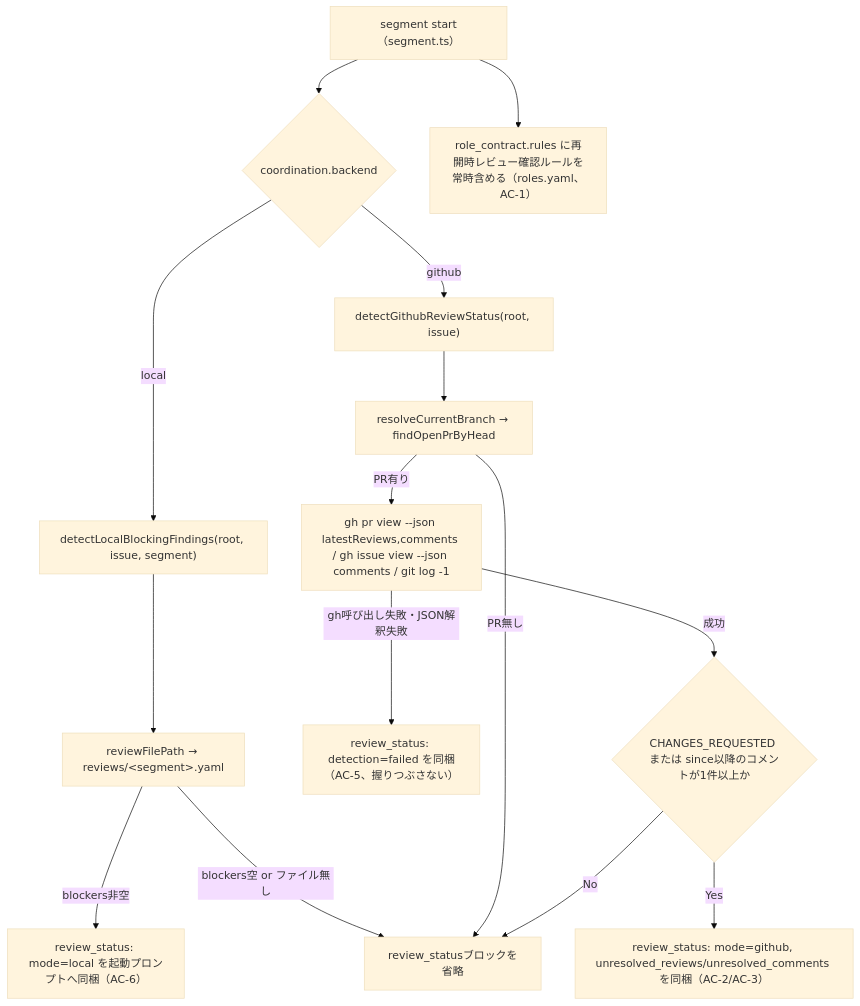
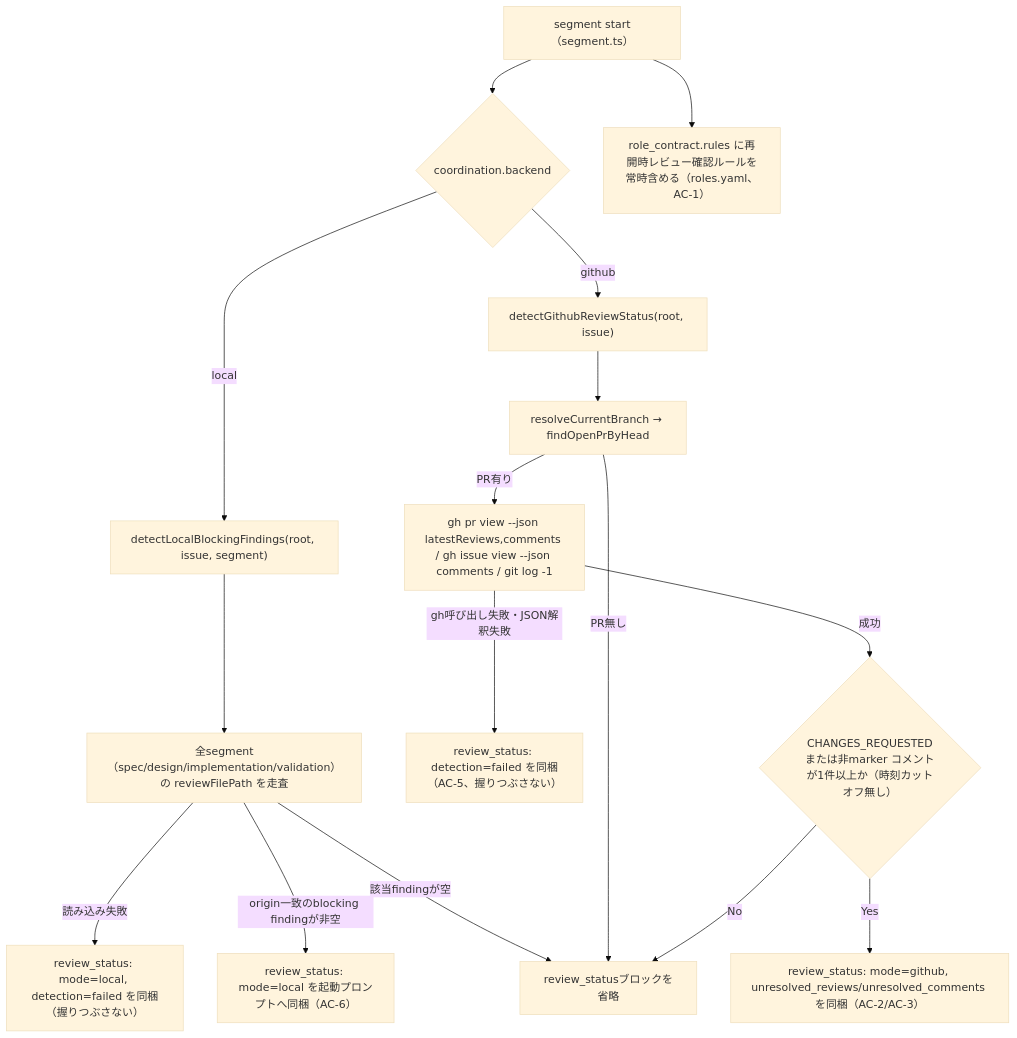
Before and after one commit to techbeansjp-free/AGENTS.md: the diagram in DESIGN.md, drawn with Mermaid (base theme). The commit also changed other lines of this file and 3 other files, not shown here.

First line of the commit message:
ISSUE-446: implementation-gate finding(since-cutoff/local-scope)対応、ADR-0026作成

````diff
--- a/DESIGN.md
+++ b/DESIGN.md
@@ -59,17 +62,18 @@
 ```mermaid
 graph TD
   A["segment start（segment.ts）"] --> B{"coordination.backend"}
   B -->|local| C["detectLocalBlockingFindings(root, issue, segment)"]
-  C --> D["reviewFilePath → reviews/&lt;segment&gt;.yaml"]
-  D -->|blockers非空| E["review_status: mode=local を起動プロンプトへ同梱（AC-6）"]
-  D -->|blockers空 or ファイル無し| F["review_statusブロックを省略"]
+  C --> D["全segment（spec/design/implementation/validation）の reviewFilePath を走査"]
+  D -->|読み込み失敗| DF["review_status: mode=local, detection=failed を同梱（握りつぶさない）"]
+  D -->|origin一致のblocking findingが非空| E["review_status: mode=local を起動プロンプトへ同梱（AC-6）"]
+  D -->|該当findingが空| F["review_statusブロックを省略"]
   B -->|github| G["detectGithubReviewStatus(root, issue)"]
   G --> H["resolveCurrentBranch → findOpenPrByHead"]
   H -->|PR無し| F
   H -->|PR有り| I["gh pr view --json latestReviews,comments / gh issue view --json comments / git log -1"]
   I -->|gh呼び出し失敗・JSON解釈失敗| J["review_status: detection=failed を同梱（AC-5、握りつぶさない）"]
-  I -->|成功| K{"CHANGES_REQUESTED または since以降のコメントが1件以上か"}
+  I -->|成功| K{"CHANGES_REQUESTEDまたは非marker コメントが1件以上か（時刻カットオフ無し）"}
   K -->|Yes| L["review_status: mode=github, unresolved_reviews/unresolved_comments を同梱（AC-2/AC-3）"]
   K -->|No| F
   A --> M["role_contract.rules に再開時レビュー確認ルールを常時含める（roles.yaml、AC-1）"]
 ```
````
